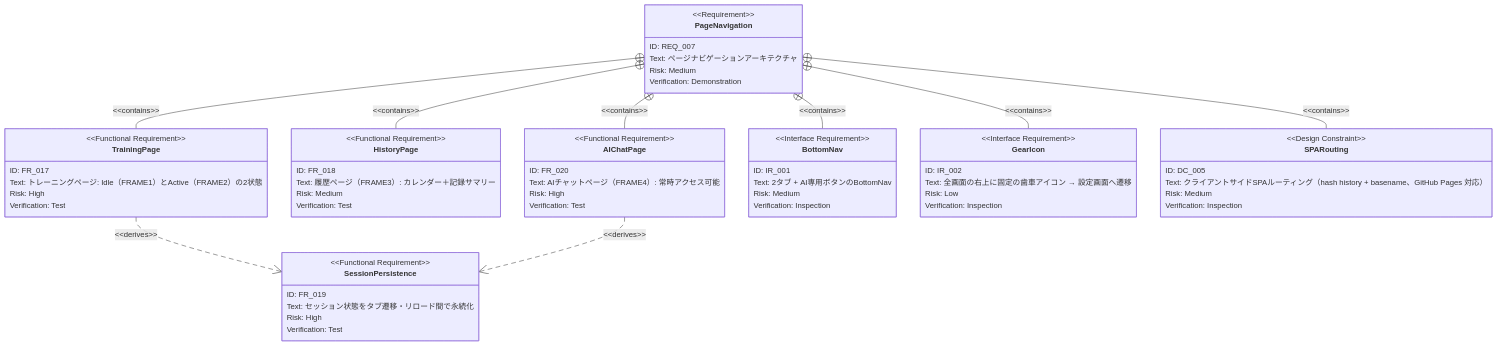
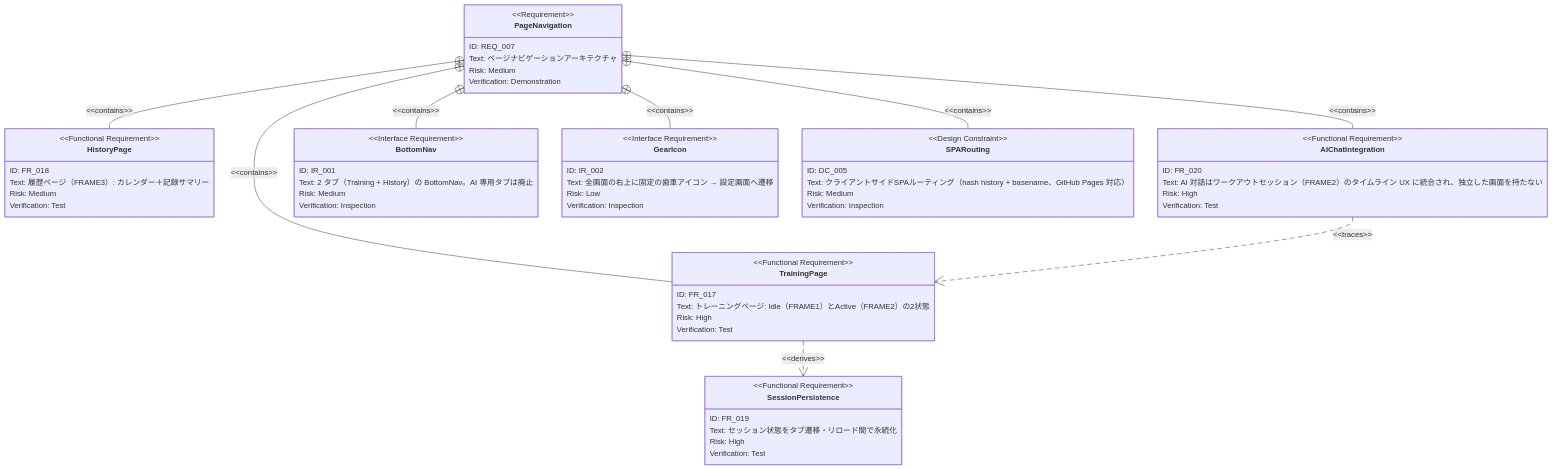
One commit to SakumaTakuya/gymini changed the second of 2 diagrams in docs/prd/navigation.md. Above: the diagram before and after it, drawn with Mermaid. The commit also changed other lines of this file and 9 other files, not shown here.

````diff
--- a/docs/prd/navigation.md
+++ b/docs/prd/navigation.md
@@ -63,68 +62,68 @@
 ```mermaid
 requirementDiagram
     requirement PageNavigation {
         id: REQ_007
         text: "ページナビゲーションアーキテクチャ"
         risk: medium
         verifymethod: demonstration
     }
 
     functionalRequirement TrainingPage {
         id: FR_017
         text: "トレーニングページ: Idle（FRAME1）とActive（FRAME2）の2状態"
         risk: high
         verifymethod: test
     }
 
     functionalRequirement HistoryPage {
         id: FR_018
         text: "履歴ページ（FRAME3）: カレンダー＋記録サマリー"
         risk: medium
         verifymethod: test
     }
 
     functionalRequirement SessionPersistence {
         id: FR_019
         text: "セッション状態をタブ遷移・リロード間で永続化"
         risk: high
         verifymethod: test
     }
 
-    functionalRequirement AIChatPage {
+    functionalRequirement AIChatIntegration {
         id: FR_020
-        text: "AIチャットページ（FRAME4）: 常時アクセス可能"
+        text: "AI 対話はワークアウトセッション（FRAME2）のタイムライン UX に統合され、独立した画面を持たない"
         risk: high
         verifymethod: test
     }
 
     interfaceRequirement BottomNav {
         id: IR_001
-        text: "2タブ + AI専用ボタンのBottomNav"
+        text: "2 タブ（Training + History）の BottomNav。AI 専用タブは廃止"
         risk: medium
         verifymethod: inspection
     }
 
     interfaceRequirement GearIcon {
         id: IR_002
         text: "全画面の右上に固定の歯車アイコン → 設定画面へ遷移"
         risk: low
         verifymethod: inspection
     }
 
     designConstraint SPARouting {
         id: DC_005
         text: "クライアントサイドSPAルーティング（hash history + basename、GitHub Pages 対応）"
         risk: medium
         verifymethod: inspection
     }
 
     PageNavigation - contains -> TrainingPage
     PageNavigation - contains -> HistoryPage
-    PageNavigation - contains -> AIChatPage
+    PageNavigation - contains -> AIChatIntegration
     PageNavigation - contains -> BottomNav
     PageNavigation - contains -> GearIcon
     PageNavigation - contains -> SPARouting
 
     TrainingPage - derives -> SessionPersistence
-    AIChatPage - derives -> SessionPersistence
+    AIChatIntegration - traces -> TrainingPage
 ```
````
